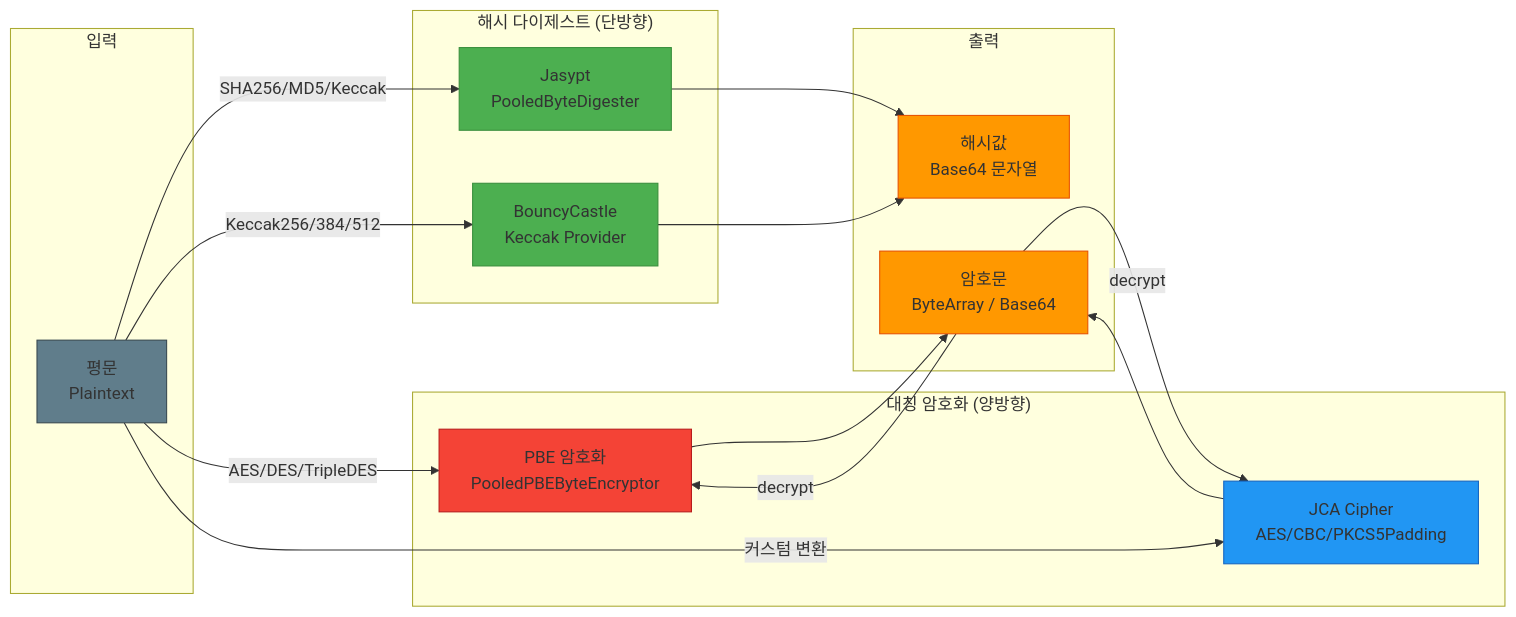
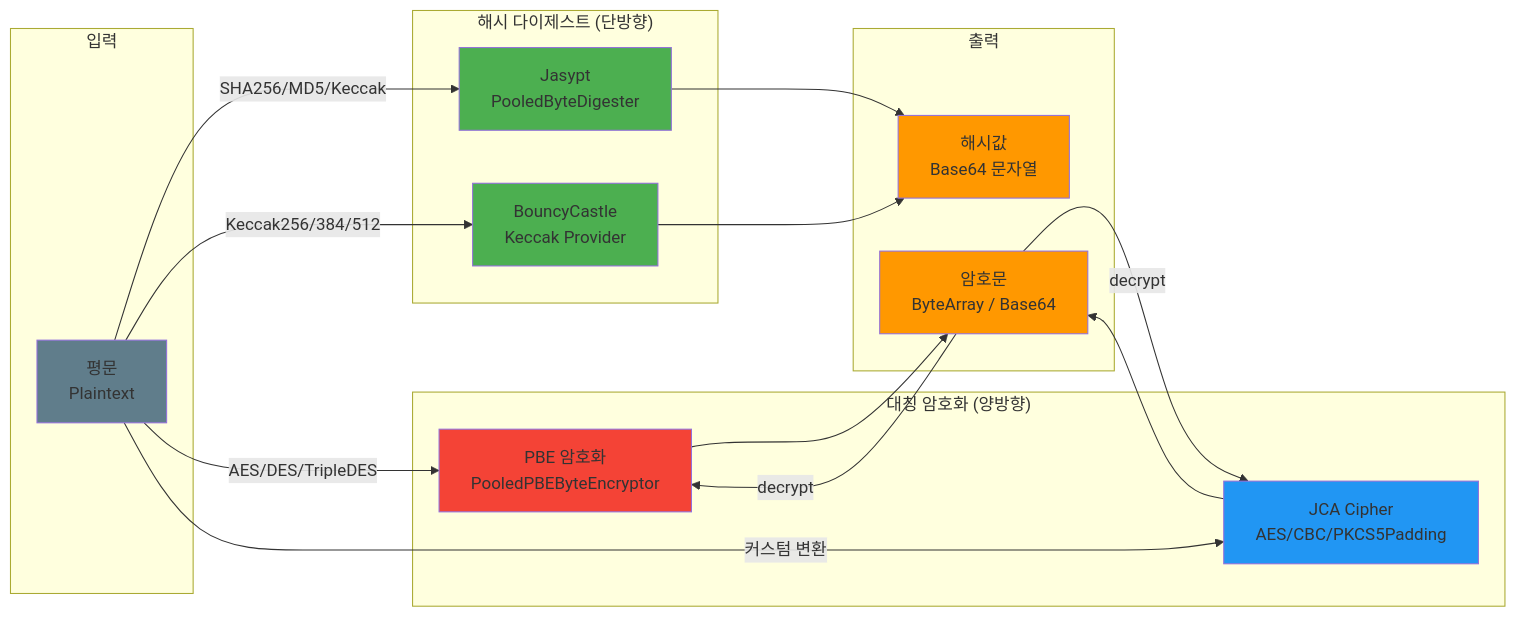
Before and after one commit to bluetape4k/bluetape4k-projects: the second of 2 diagrams in io/crypto/README.md, drawn with Mermaid. The commit also changed other lines of this file and 94 other files, not shown here.

First line of the commit message:
docs: Mermaid classDef에서 stroke:#색상 제거 (파서 오류 수정)

````diff
--- a/io/crypto/README.md
+++ b/io/crypto/README.md
@@ -203,36 +203,36 @@
 ```mermaid
 flowchart LR
     subgraph 입력
         P[평문<br/>Plaintext]
     end
 
     subgraph Digest["해시 다이제스트 (단방향)"]
         D1[Jasypt<br/>PooledByteDigester]
         D2[BouncyCastle<br/>Keccak Provider]
     end
 
     subgraph Encrypt["대칭 암호화 (양방향)"]
         E1[PBE 암호화<br/>PooledPBEByteEncryptor]
         E2[JCA Cipher<br/>AES/CBC/PKCS5Padding]
     end
 
     subgraph 출력
         H[해시값<br/>Base64 문자열]
         C[암호문<br/>ByteArray / Base64]
     end
 
     P -->|SHA256/MD5/Keccak| D1 --> H
     P -->|Keccak256/384/512| D2 --> H
     P -->|AES/DES/TripleDES| E1 --> C
     P -->|커스텀 변환| E2 --> C
     C -->|decrypt| E1
     C -->|decrypt| E2
 
-    style P fill:#607D8B,stroke:#37474F
-    style D1 fill:#4CAF50,stroke:#388E3C
-    style D2 fill:#4CAF50,stroke:#388E3C
-    style E1 fill:#F44336,stroke:#B71C1C
-    style E2 fill:#2196F3,stroke:#1565C0
-    style H fill:#FF9800,stroke:#E65100
-    style C fill:#FF9800,stroke:#E65100
+    style P fill:#607D8B
+    style D1 fill:#4CAF50
+    style D2 fill:#4CAF50
+    style E1 fill:#F44336
+    style E2 fill:#2196F3
+    style H fill:#FF9800
+    style C fill:#FF9800
 ```
````
